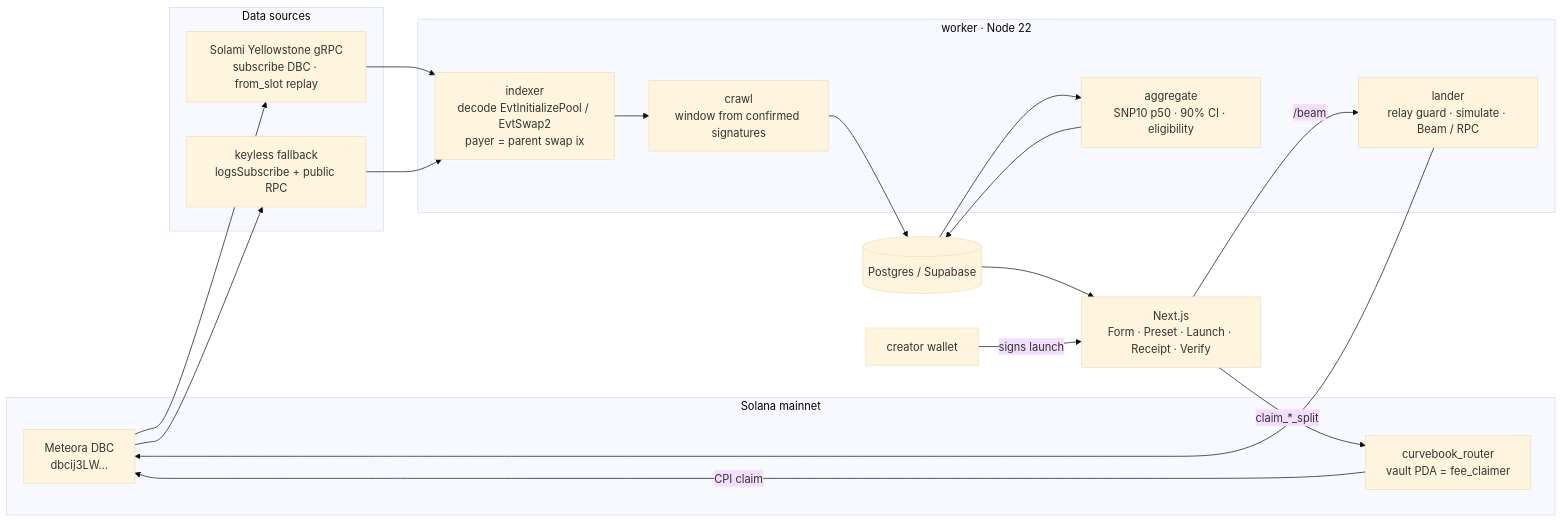
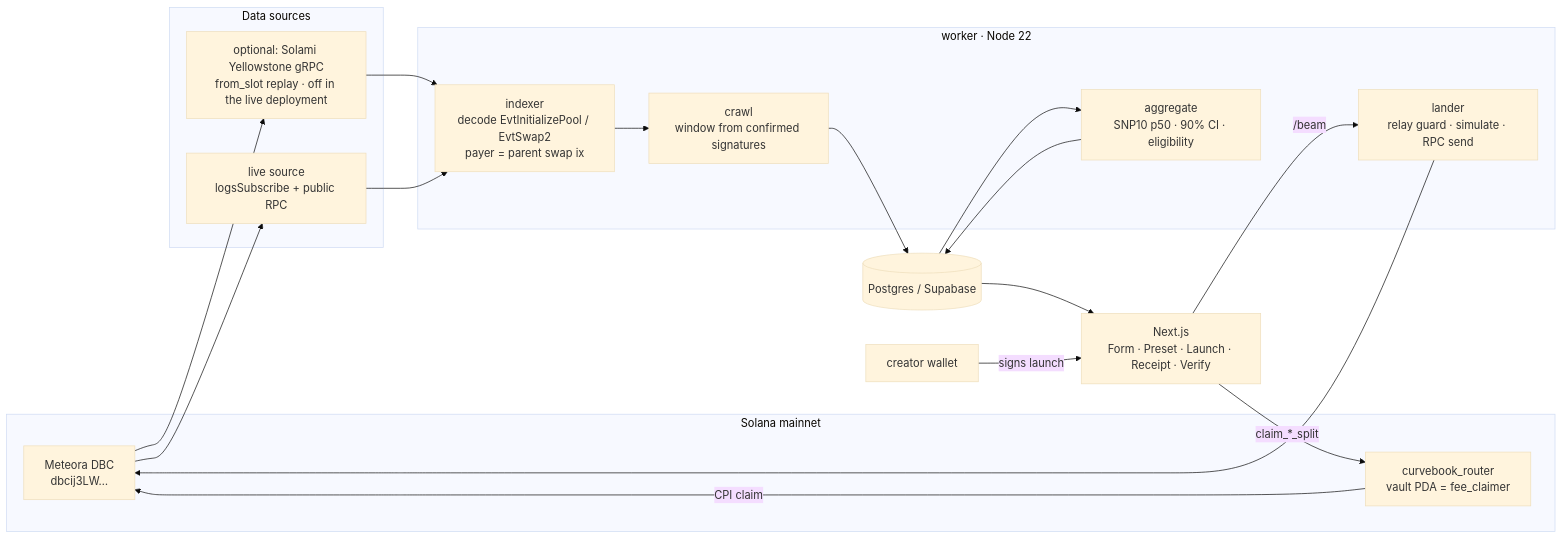
Before and after one commit to edycutjong/curvebook: the diagram in ARCHITECTURE.md, drawn with Mermaid (base theme). The commit also changed other lines of this file and 6 other files, not shown here.

First line of the commit message:
docs: the live deployment is keyless; Solami gRPC/Beam is an optional adapter, not used live

````diff
--- a/ARCHITECTURE.md
+++ b/ARCHITECTURE.md
@@ -5,28 +5,28 @@
 ```mermaid
 flowchart LR
   subgraph chain[Solana mainnet]
     DBC[Meteora DBC\ndbcij3LW…]
     R[curvebook_router\nvault PDA = fee_claimer]
   end
   subgraph src[Data sources]
-    G[Solami Yellowstone gRPC\nsubscribe DBC · from_slot replay]
-    L[keyless fallback\nlogsSubscribe + public RPC]
+    G[optional: Solami Yellowstone gRPC\nfrom_slot replay · off in the live deployment]
+    L[live source\nlogsSubscribe + public RPC]
   end
   subgraph worker[worker · Node 22]
     IX[indexer\ndecode EvtInitializePool / EvtSwap2\npayer = parent swap ix]
     CR[crawl\nwindow from confirmed signatures]
     AG[aggregate\nSNP10 p50 · 90% CI · eligibility]
-    LD[lander\nrelay guard · simulate · Beam / RPC]
+    LD[lander\nrelay guard · simulate · RPC send]
   end
   DB[(Postgres / Supabase)]
   WEB[Next.js\nForm · Preset · Launch · Receipt · Verify]
   W[creator wallet]
 
   DBC --> G --> IX
   DBC --> L --> IX
   IX --> CR --> DB
   DB --> AG --> DB
   DB --> WEB
   W -- signs launch --> WEB -- /beam --> LD --> DBC
   WEB -- claim_*_split --> R -- CPI claim --> DBC
 ```
````
